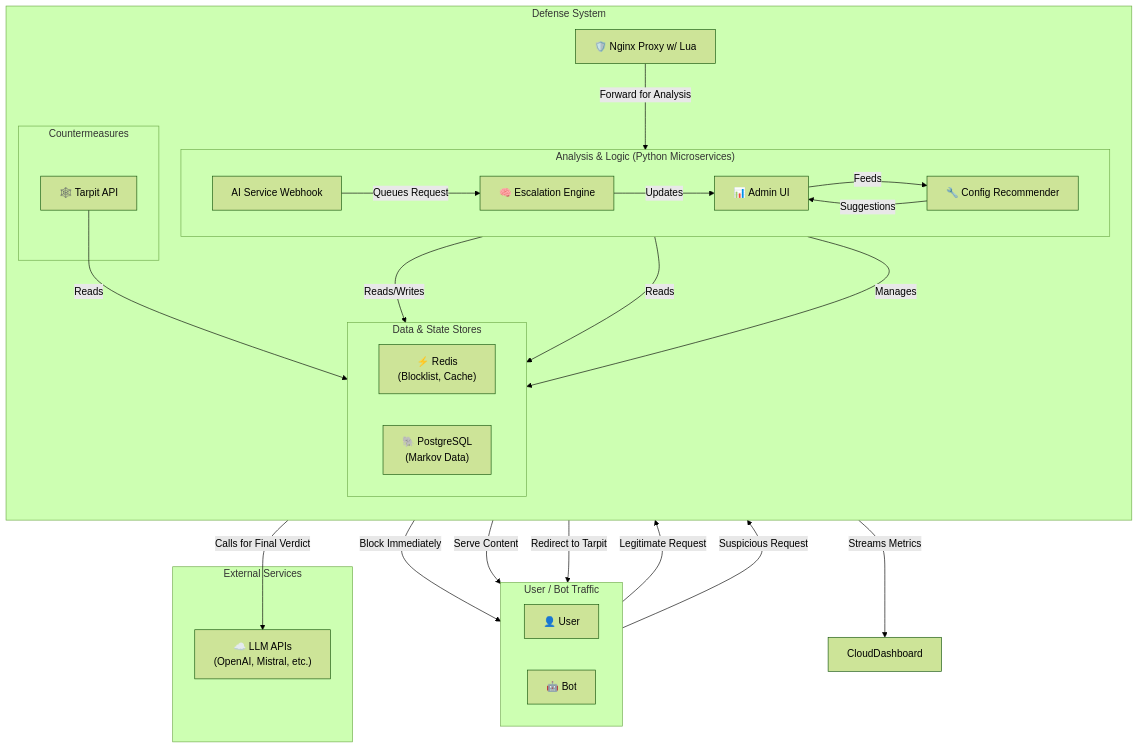
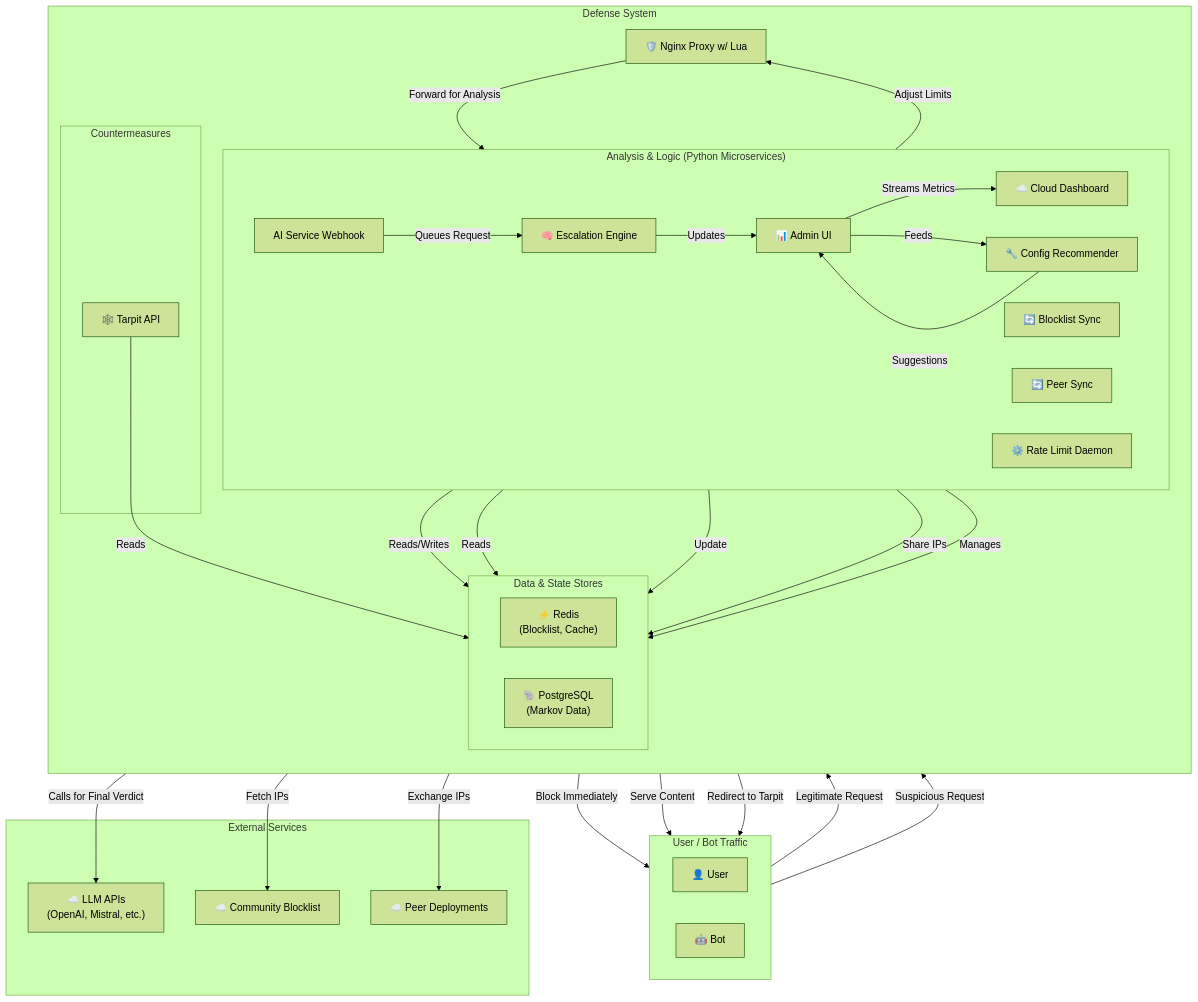
Before and after one commit to rhamenator/ai-scraping-defense: the third of 3 diagrams in docs/architecture.md, drawn with Mermaid (forest theme). The commit also changed other lines of this file, not shown here.

Commit message:
docs: update architecture diagrams

````diff
--- a/docs/architecture.md
+++ b/docs/architecture.md
@@ -117,56 +138,67 @@
 ```mermaid
 graph TD
     subgraph "User / Bot Traffic"
         direction LR
         User["👤 User"]
         Bot["🤖 Bot"]
     end
 
     subgraph "Defense System"
         direction TB
         Nginx["🛡️ Nginx Proxy w/ Lua"]
 
         subgraph "Analysis & Logic (Python Microservices)"
             direction LR
             AIService["AI Service Webhook"]
             EscalationEngine["🧠 Escalation Engine"]
             AdminUI["📊 Admin UI"]
             ConfigRecommender["🔧 Config Recommender"]
+            CloudDashboard["☁️ Cloud Dashboard"]
+            BlocklistSync["🔄 Blocklist Sync"]
+            PeerSync["🔄 Peer Sync"]
+            RateLimitDaemon["⚙️ Rate Limit Daemon"]
         end
 
         subgraph "Countermeasures"
             TarpitAPI["🕸️ Tarpit API"]
         end
 
         subgraph "Data & State Stores"
             direction LR
             Redis["⚡ Redis\n(Blocklist, Cache)"]
             Postgres["🐘 PostgreSQL\n(Markov Data)"]
         end
     end
 
     subgraph "External Services"
         LLM["☁️ LLM APIs\n(OpenAI, Mistral, etc.)"]
+        CommunityBlocklist["☁️ Community Blocklist"]
+        PeerDeployments["☁️ Peer Deployments"]
     end
 
     User -->|Legitimate Request| Nginx
     Bot -->|Suspicious Request| Nginx
 
     Nginx -->|Block Immediately| Bot
     Nginx -->|Forward for Analysis| AIService
     Nginx -->|Serve Content| User
     Nginx -->|Redirect to Tarpit| Bot
 
     AIService -->|Queues Request| EscalationEngine
     EscalationEngine -->|Reads/Writes| Redis
     EscalationEngine -->|Reads| Postgres
     EscalationEngine -->|Calls for Final Verdict| LLM
     EscalationEngine -->|Updates| AdminUI
     AdminUI -->|Streams Metrics| CloudDashboard
     AdminUI -->|Feeds| ConfigRecommender
     ConfigRecommender -->|Suggestions| AdminUI
+    BlocklistSync -->|Update| Redis
+    PeerSync -->|Share IPs| Redis
+    RateLimitDaemon -->|Adjust Limits| Nginx
+    BlocklistSync -->|Fetch IPs| CommunityBlocklist
+    PeerSync -->|Exchange IPs| PeerDeployments
 
     AdminUI -->|Manages| Redis
 
     TarpitAPI -->|Reads| Postgres
 ```
````
